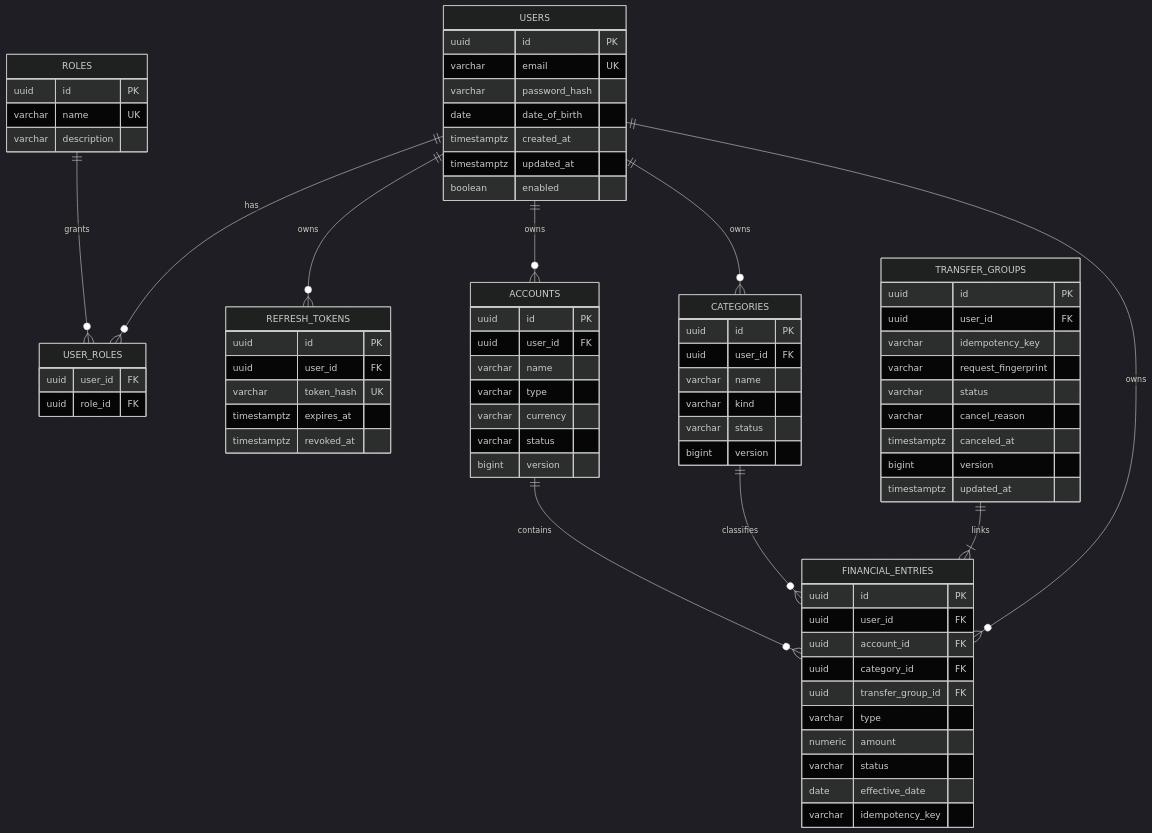
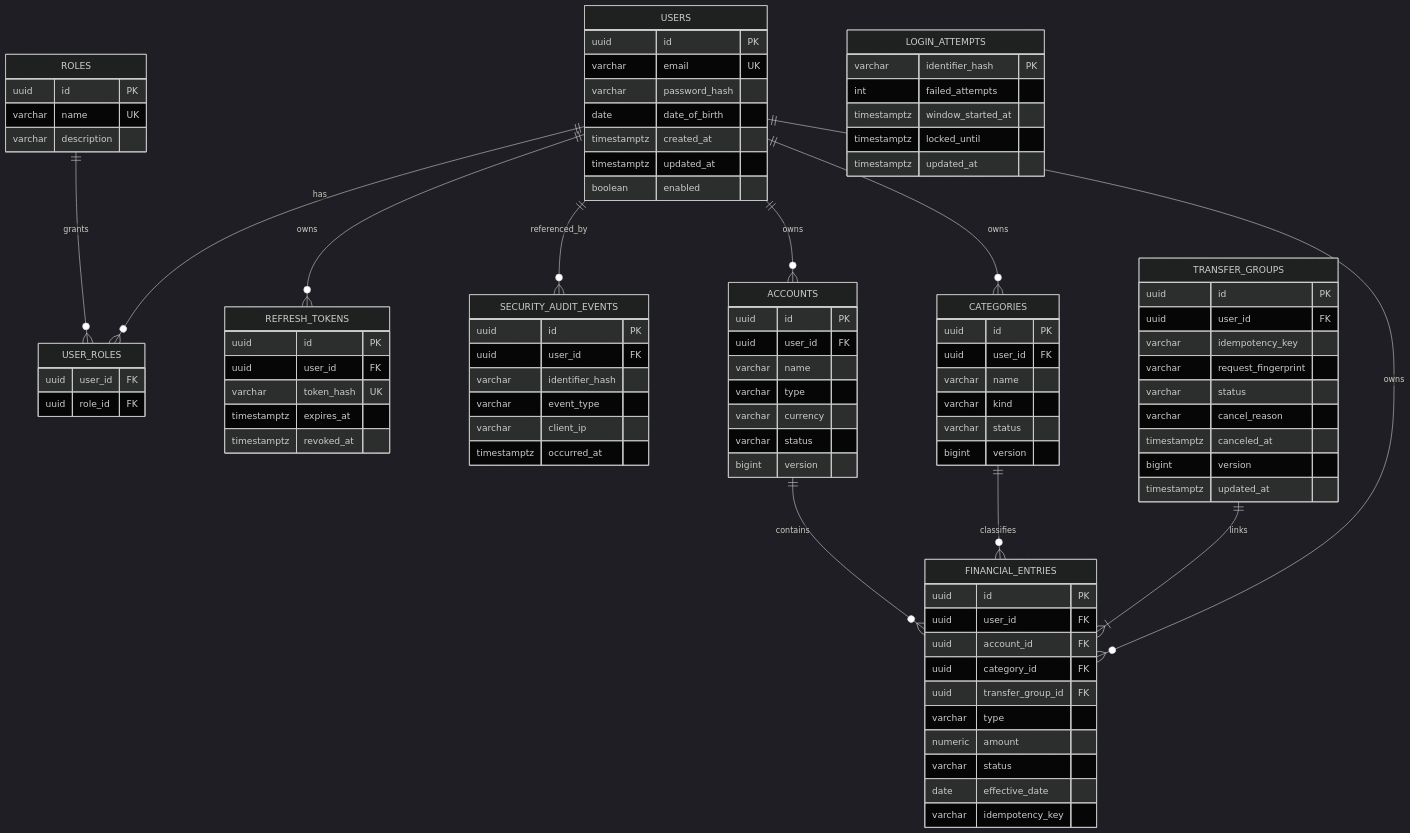
The diagram in docs/BANCO_DE_DADOS.md (CaueWeber22/cointrol-backend), drawn with Mermaid (dark theme) before and after one commit. The commit also changed other lines of this file and 95 other files, not shown here.

```diff
--- a/docs/BANCO_DE_DADOS.md
+++ b/docs/BANCO_DE_DADOS.md
@@ -30,6 +31,7 @@
     USERS ||--o{ USER_ROLES : has
     ROLES ||--o{ USER_ROLES : grants
     USERS ||--o{ REFRESH_TOKENS : owns
+    USERS ||--o{ SECURITY_AUDIT_EVENTS : referenced_by
     USERS ||--o{ ACCOUNTS : owns
     USERS ||--o{ CATEGORIES : owns
     USERS ||--o{ FINANCIAL_ENTRIES : owns
@@ -61,6 +63,21 @@
         varchar token_hash UK
         timestamptz expires_at
         timestamptz revoked_at
+    }
+    LOGIN_ATTEMPTS {
+        varchar identifier_hash PK
+        int failed_attempts
+        timestamptz window_started_at
+        timestamptz locked_until
+        timestamptz updated_at
+    }
+    SECURITY_AUDIT_EVENTS {
+        uuid id PK
+        uuid user_id FK
+        varchar identifier_hash
+        varchar event_type
+        varchar client_ip
+        timestamptz occurred_at
     }
     ACCOUNTS {
         uuid id PK
```
